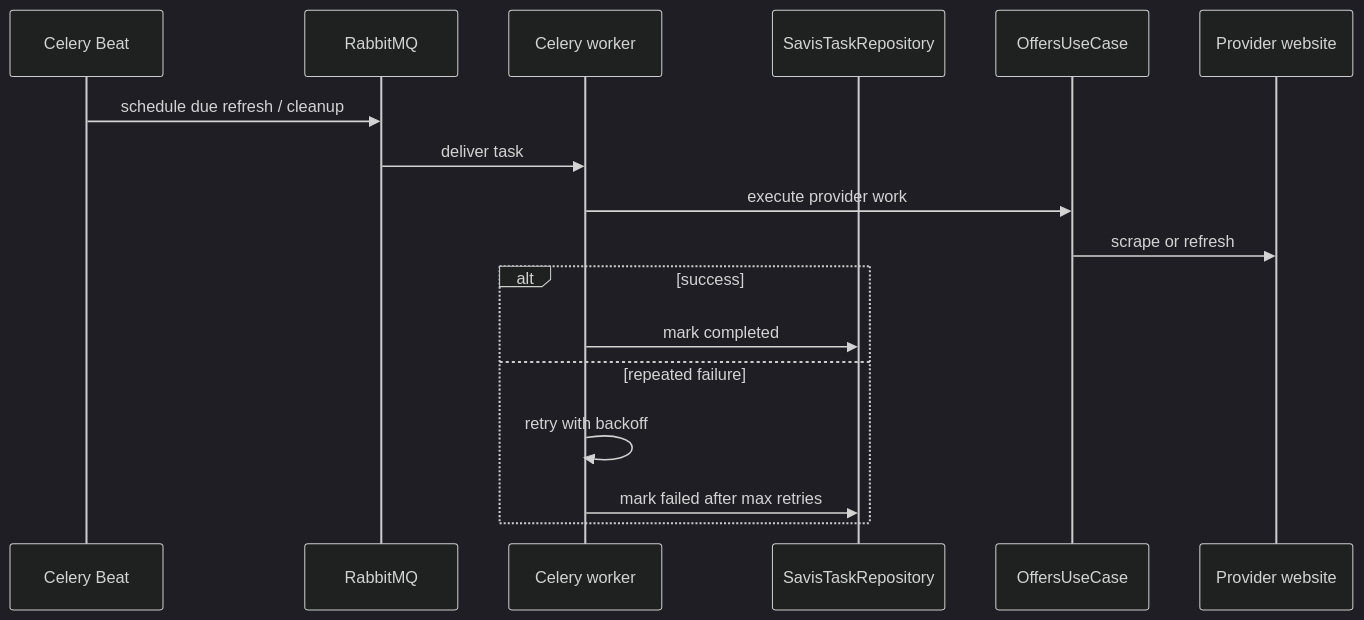
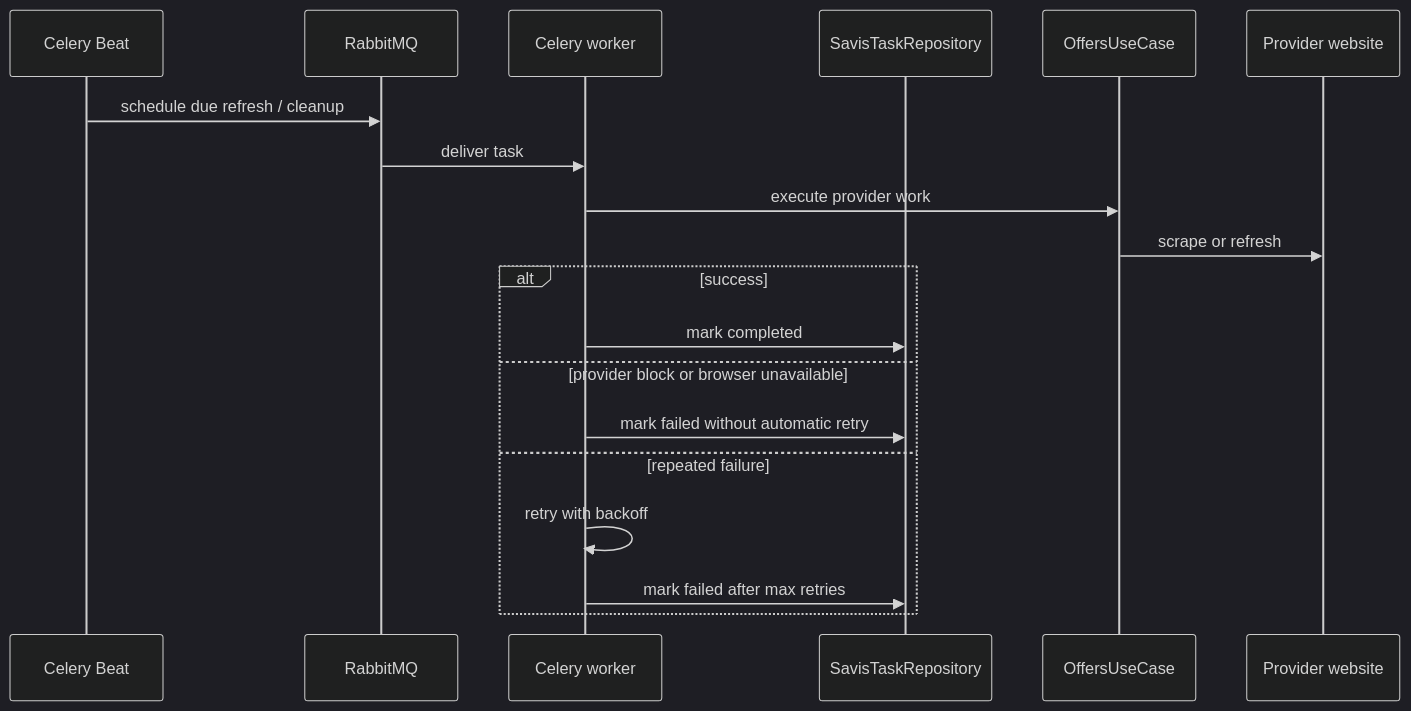
Before and after one commit to wiljeanlouis/savis: diagram 13 of 14 in docs/ARCHITECTURE.md, drawn with Mermaid (dark theme). The commit also changed other lines of this file and 17 other files, not shown here.

````diff
--- a/docs/ARCHITECTURE.md
+++ b/docs/ARCHITECTURE.md
@@ -485,20 +504,22 @@
 ```mermaid
 sequenceDiagram
   participant Beat as Celery Beat
   participant Rabbit as RabbitMQ
   participant Worker as Celery worker
   participant TaskRepo as SavisTaskRepository
   participant Offers as OffersUseCase
   participant Provider as Provider website
 
   Beat->>Rabbit: schedule due refresh / cleanup
   Rabbit->>Worker: deliver task
   Worker->>Offers: execute provider work
   Offers->>Provider: scrape or refresh
   alt success
     Worker->>TaskRepo: mark completed
+  else provider block or browser unavailable
+    Worker->>TaskRepo: mark failed without automatic retry
   else repeated failure
     Worker->>Worker: retry with backoff
     Worker->>TaskRepo: mark failed after max retries
   end
 ```
````
